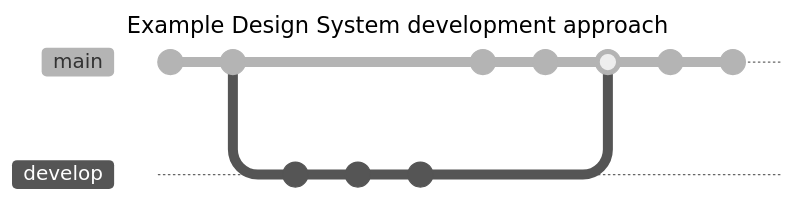
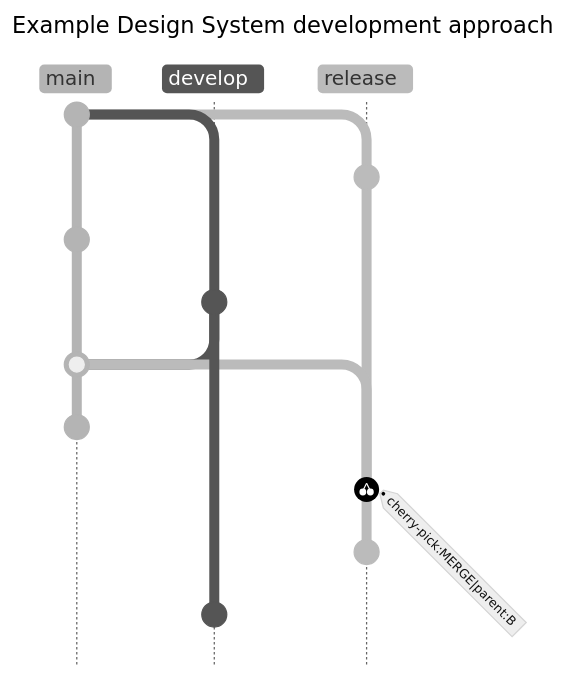
Before and after one commit to JamesFehon-DTA/laughing-adventure: the diagram in README.md, drawn with Mermaid (neutral theme). Commit ids are hidden.

````diff
--- a/README.md
+++ b/README.md
@@ -4,18 +4,22 @@
 ```mermaid
 ---
 title: Example Design System development approach
 ---
-    gitGraph
-       commit
-       commit
-       branch develop
-       commit
-       commit
-       commit
-       checkout main
-       commit
-       commit
-       merge develop
-       commit
-       commit
+    gitGraph TB:
+        commit id: "ZERO"
+        branch develop
+        branch release
+        commit id:"A"
+        checkout main
+        commit id:"ONE"
+        checkout develop
+        commit id:"B"
+        checkout main
+        merge develop id:"MERGE"
+        commit id:"TWO"
+        checkout release
+        cherry-pick id:"MERGE" parent:"B"
+        commit id:"THREE"
+        checkout develop
+        commit id:"C"
 ```
````
